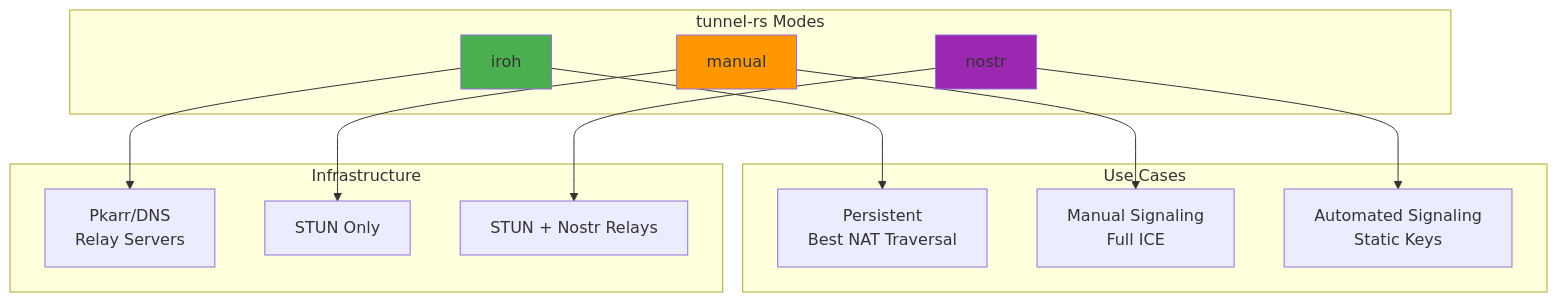
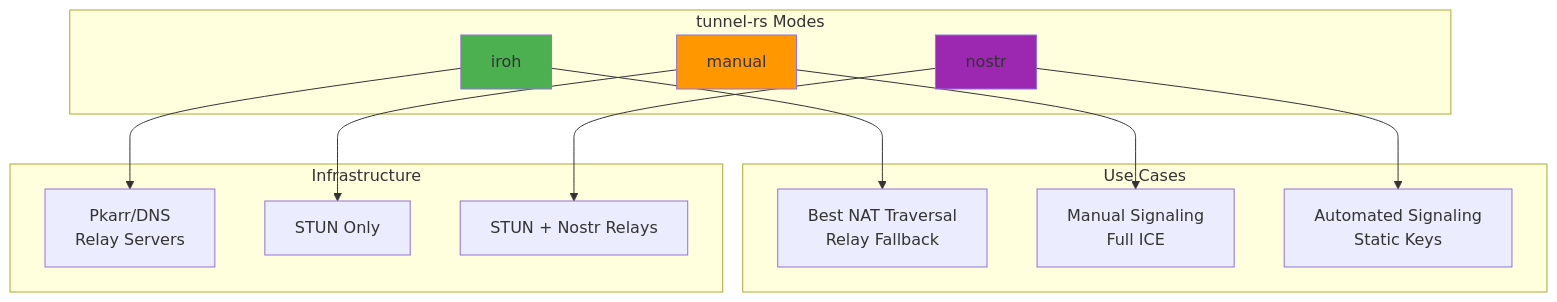
The first of 18 diagrams in docs/ARCHITECTURE.md (andrewtheguy/tunnel-rs), drawn with Mermaid before and after one commit. The commit also changed 4 other files, not shown here.

````diff
--- a/docs/ARCHITECTURE.md
+++ b/docs/ARCHITECTURE.md
@@ -32,32 +32,32 @@
 ```mermaid
 graph TB
     subgraph "tunnel-rs Modes"
         A[iroh]
         C[manual]
         D2[nostr]
     end
 
     subgraph "Use Cases"
-        D[Persistent<br/>Best NAT Traversal]
+        D[Best NAT Traversal<br/>Relay Fallback]
         F[Manual Signaling<br/>Full ICE]
         F2[Automated Signaling<br/>Static Keys]
     end
 
     subgraph "Infrastructure"
         G[Pkarr/DNS<br/>Relay Servers]
         I[STUN Only]
         I2[STUN + Nostr Relays]
     end
 
     A --> D
     C --> F
     D2 --> F2
 
     A --> G
     C --> I
     D2 --> I2
 
     style A fill:#4CAF50
     style C fill:#FF9800
     style D2 fill:#9C27B0
 ```
````
